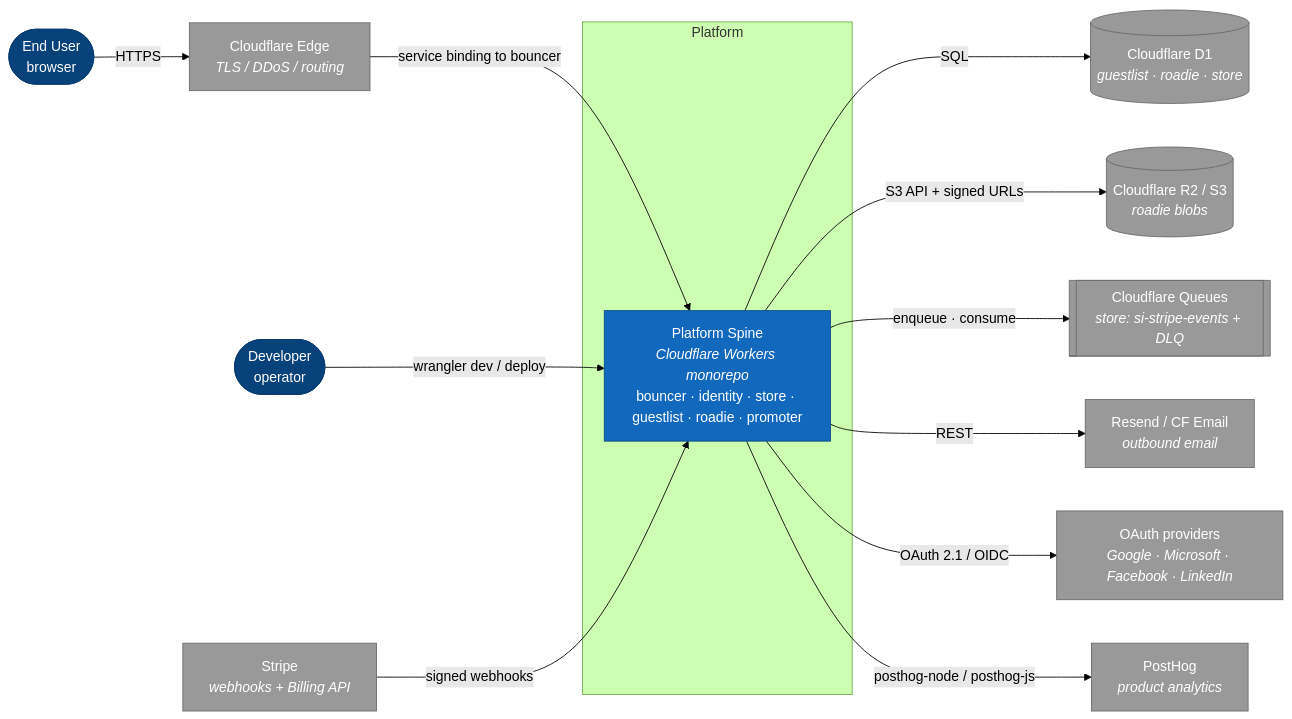
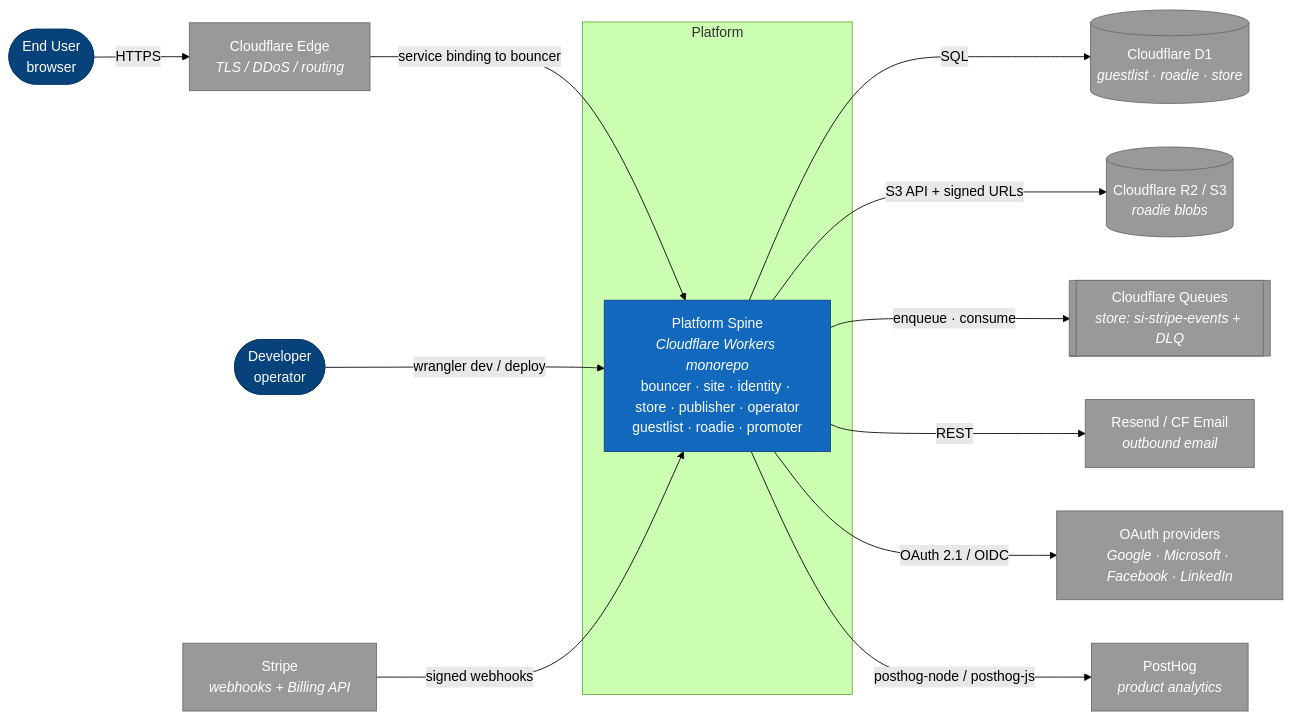
Before and after one commit to apostolos-geyer/somewhatintelligent: the first of 17 diagrams in docs/ARCHITECTURE.md, drawn with Mermaid (forest theme). The commit also changed other lines of this file and 435 other files, not shown here.

First line of the commit message:
feat(site,store,publisher,identity,bouncer,roadie): RFC-0001 unified publishing & commerce control plane (#37)

````diff
--- a/docs/ARCHITECTURE.md
+++ b/docs/ARCHITECTURE.md
@@ -27,33 +27,33 @@
 ```mermaid
 flowchart LR
   user(["End User<br/>browser"]):::person
   dev(["Developer<br/>operator"]):::person
 
   subgraph platform["Platform"]
-    spine["Platform Spine<br/><i>Cloudflare Workers monorepo</i><br/>bouncer · identity · store · guestlist · roadie · promoter"]:::system
+    spine["Platform Spine<br/><i>Cloudflare Workers monorepo</i><br/>bouncer · site · identity · store · publisher · operator<br/>guestlist · roadie · promoter"]:::system
   end
 
   cf["Cloudflare Edge<br/><i>TLS / DDoS / routing</i>"]:::ext
   d1[("Cloudflare D1<br/><i>guestlist · roadie · store</i>")]:::ext
   r2[("Cloudflare R2 / S3<br/><i>roadie blobs</i>")]:::ext
   queues[["Cloudflare Queues<br/><i>store: si-stripe-events + DLQ</i>"]]:::ext
   resend["Resend / CF Email<br/><i>outbound email</i>"]:::ext
   idp["OAuth providers<br/><i>Google · Microsoft · Facebook · LinkedIn</i>"]:::ext
   stripe["Stripe<br/><i>webhooks + Billing API</i>"]:::ext
   posthog["PostHog<br/><i>product analytics</i>"]:::ext
 
   user -->|HTTPS| cf
   cf -->|service binding to bouncer| spine
   dev -->|wrangler dev / deploy| spine
   spine -->|SQL| d1
   spine -->|S3 API + signed URLs| r2
   spine -->|enqueue · consume| queues
   spine -->|REST| resend
   spine -->|OAuth 2.1 / OIDC| idp
   stripe -->|signed webhooks| spine
   spine -->|posthog-node / posthog-js| posthog
 
   classDef person fill:#08427b,stroke:#073b6f,color:#fff
   classDef system fill:#1168bd,stroke:#0b4884,color:#fff
   classDef ext fill:#999,stroke:#6b6b6b,color:#fff
 ```
````
